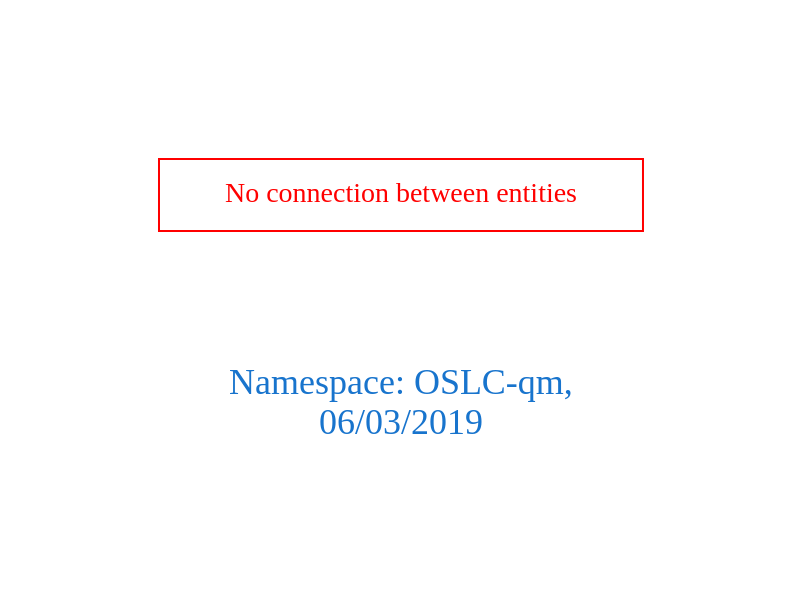
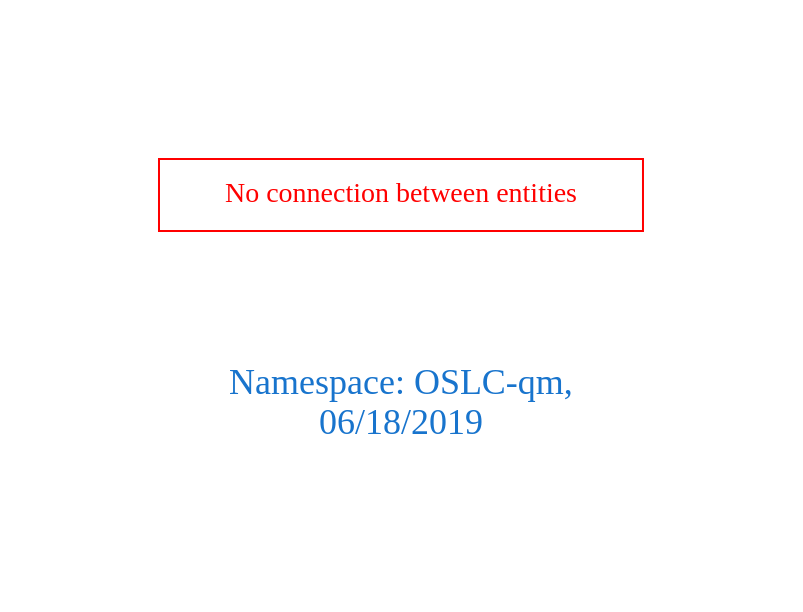
Before and after one commit to arago/OGIT: the diagram in downloads/OSLC-qm.dot, drawn with Graphviz. The commit also changed 1401 other files, not shown here.

```diff
--- a/downloads/OSLC-qm.dot
+++ b/downloads/OSLC-qm.dot
@@ -1,9 +1,9 @@
 digraph OGIT_ontology {
  graph [ rankdir= LR,pad=1 
 fontsize = 18,
-fontcolor= dodgerblue3,label = "\n\n\nNamespace: OSLC-qm, \n 06/03/2019"];
+fontcolor= dodgerblue3,label = "\n\n\nNamespace: OSLC-qm, \n 06/18/2019"];
 node[shape=polygon];
 edge [  color="gray81"];
 
 "No connection between entities" [fontcolor = "red",color="red", shape="polygon"]
 }
```
